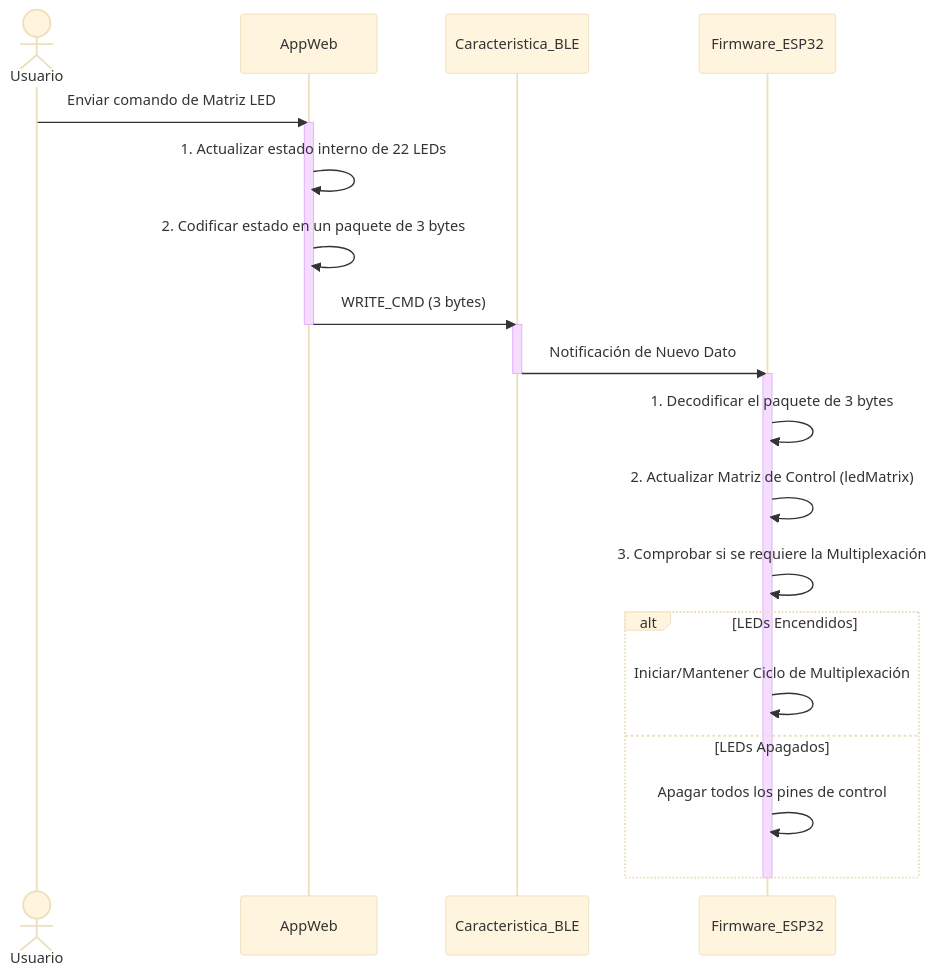
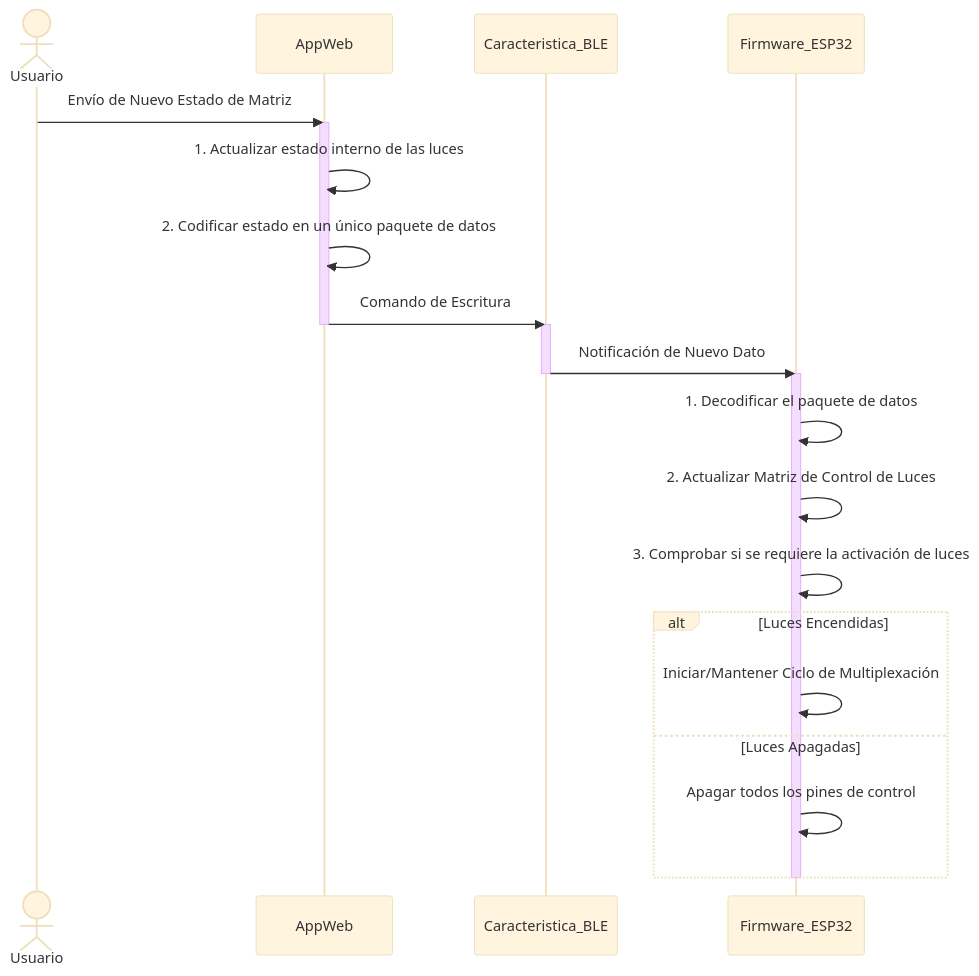
One commit to proyectoitsv/2025_SolarWAY changed the diagram in Diagramas/Diagrama_secuencia.mmd. Above: the diagram before and after it, drawn with Mermaid (base theme). The commit also changed 3 other files, not shown here.

Commit message:
version 2 de diagramas

```diff
--- a/Diagramas/Diagrama_secuencia.mmd
+++ b/Diagramas/Diagrama_secuencia.mmd
@@ -1,30 +1,30 @@
 sequenceDiagram
     actor Usuario
     participant AppWeb
     participant Caracteristica_BLE
     participant Firmware_ESP32
     
-    Usuario->>AppWeb: Enviar comando de Matriz LED
+    Usuario->>AppWeb: Envío de Nuevo Estado de Matriz
     
     activate AppWeb
-    AppWeb->>AppWeb: 1. Actualizar estado interno de 22 LEDs
-    AppWeb->>AppWeb: 2. Codificar estado en un paquete de 3 bytes
+    AppWeb->>AppWeb: 1. Actualizar estado interno de las luces
+    AppWeb->>AppWeb: 2. Codificar estado en un único paquete de datos
     
-    AppWeb->>Caracteristica_BLE: WRITE_CMD (3 bytes)
+    AppWeb->>Caracteristica_BLE: Comando de Escritura
     deactivate AppWeb
     
     activate Caracteristica_BLE
     Caracteristica_BLE->>Firmware_ESP32: Notificación de Nuevo Dato
     deactivate Caracteristica_BLE
     
     activate Firmware_ESP32
-    Firmware_ESP32->>Firmware_ESP32: 1. Decodificar el paquete de 3 bytes
-    Firmware_ESP32->>Firmware_ESP32: 2. Actualizar Matriz de Control (ledMatrix)
-    Firmware_ESP32->>Firmware_ESP32: 3. Comprobar si se requiere la Multiplexación
+    Firmware_ESP32->>Firmware_ESP32: 1. Decodificar el paquete de datos
+    Firmware_ESP32->>Firmware_ESP32: 2. Actualizar Matriz de Control de Luces
+    Firmware_ESP32->>Firmware_ESP32: 3. Comprobar si se requiere la activación de luces
     
-    alt LEDs Encendidos
+    alt Luces Encendidas
         Firmware_ESP32->>Firmware_ESP32: Iniciar/Mantener Ciclo de Multiplexación
-    else LEDs Apagados
+    else Luces Apagadas
         Firmware_ESP32->>Firmware_ESP32: Apagar todos los pines de control
     end
     deactivate Firmware_ESP32
```
